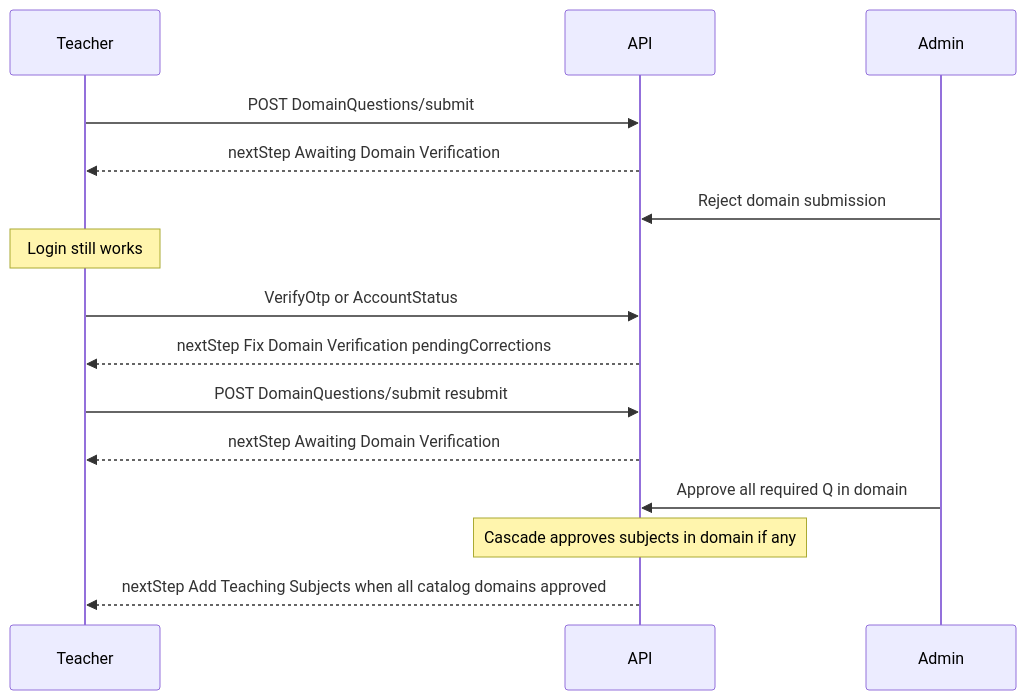
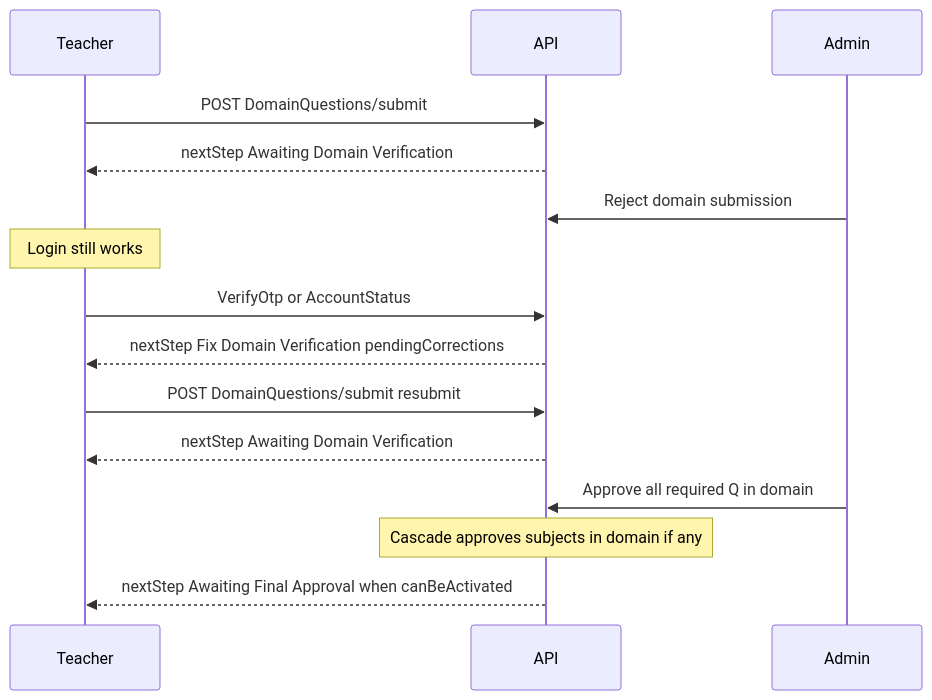
The third of 4 diagrams in docs/Teacher-Registration-Cycle.md (Mozaffer249/Qalam), drawn with Mermaid before and after one commit. The commit also changed other lines of this file and 4 other files, not shown here.

First line of the commit message:
refactor(teacher-registration): update subject addition logic and registration flow

````diff
--- a/docs/Teacher-Registration-Cycle.md
+++ b/docs/Teacher-Registration-Cycle.md
@@ -150,18 +148,18 @@
 ```mermaid
 sequenceDiagram
   participant T as Teacher
   participant API as API
   participant A as Admin
 
   T->>API: POST DomainQuestions/submit
   API-->>T: nextStep Awaiting Domain Verification
   A->>API: Reject domain submission
   Note over T: Login still works
   T->>API: VerifyOtp or AccountStatus
   API-->>T: nextStep Fix Domain Verification pendingCorrections
   T->>API: POST DomainQuestions/submit resubmit
   API-->>T: nextStep Awaiting Domain Verification
   A->>API: Approve all required Q in domain
   Note over API: Cascade approves subjects in domain if any
-  API-->>T: nextStep Add Teaching Subjects when all catalog domains approved
+  API-->>T: nextStep Awaiting Final Approval when canBeActivated
 ```
````
